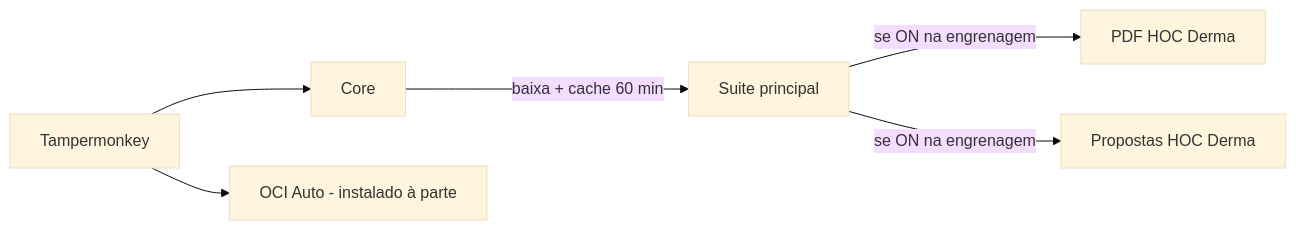
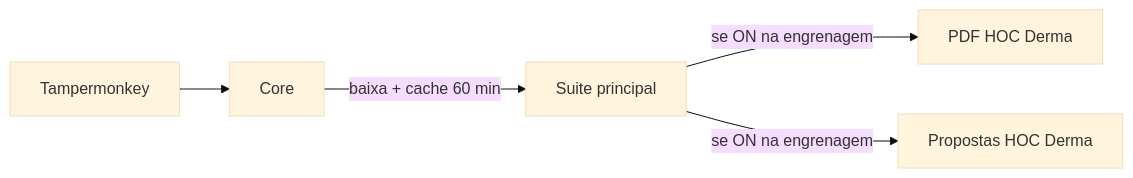
One commit to Nicker2/Feegow-Enhanced-Suite changed the diagram in README.md. Above: the diagram before and after it, drawn with Mermaid (base theme). The commit also changed other lines of this file and 1 other file, not shown here.

Commit message:
Remove o OCI Auto do repositorio publico (movido para repositorio privado)

````diff
--- a/README.md
+++ b/README.md
@@ -55,8 +52,7 @@
 ```mermaid
 flowchart LR
     TM[Tampermonkey] --> CORE[Core]
     CORE -- baixa + cache 60 min --> SUITE[Suite principal]
     SUITE -- se ON na engrenagem --> PDF[PDF HOC Derma]
     SUITE -- se ON na engrenagem --> PROP[Propostas HOC Derma]
-    TM --> OCI[OCI Auto - instalado à parte]
 ```
````
